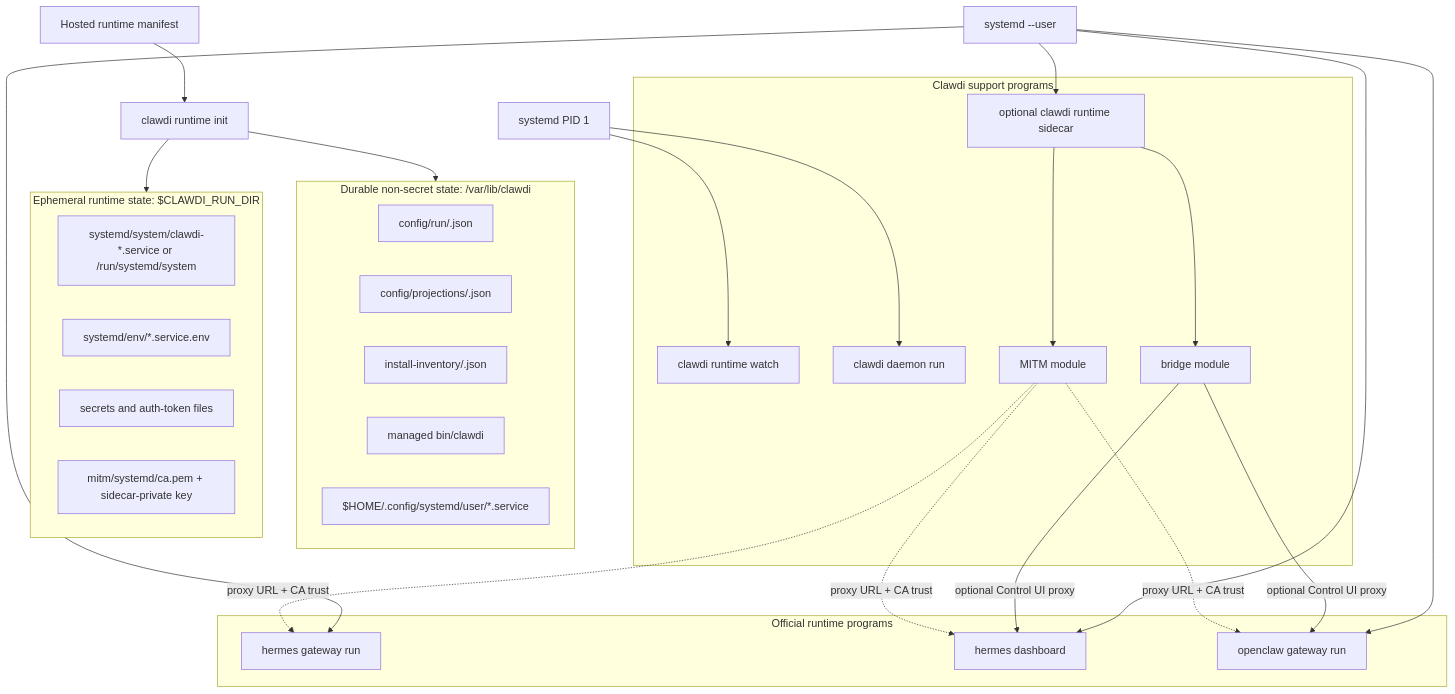
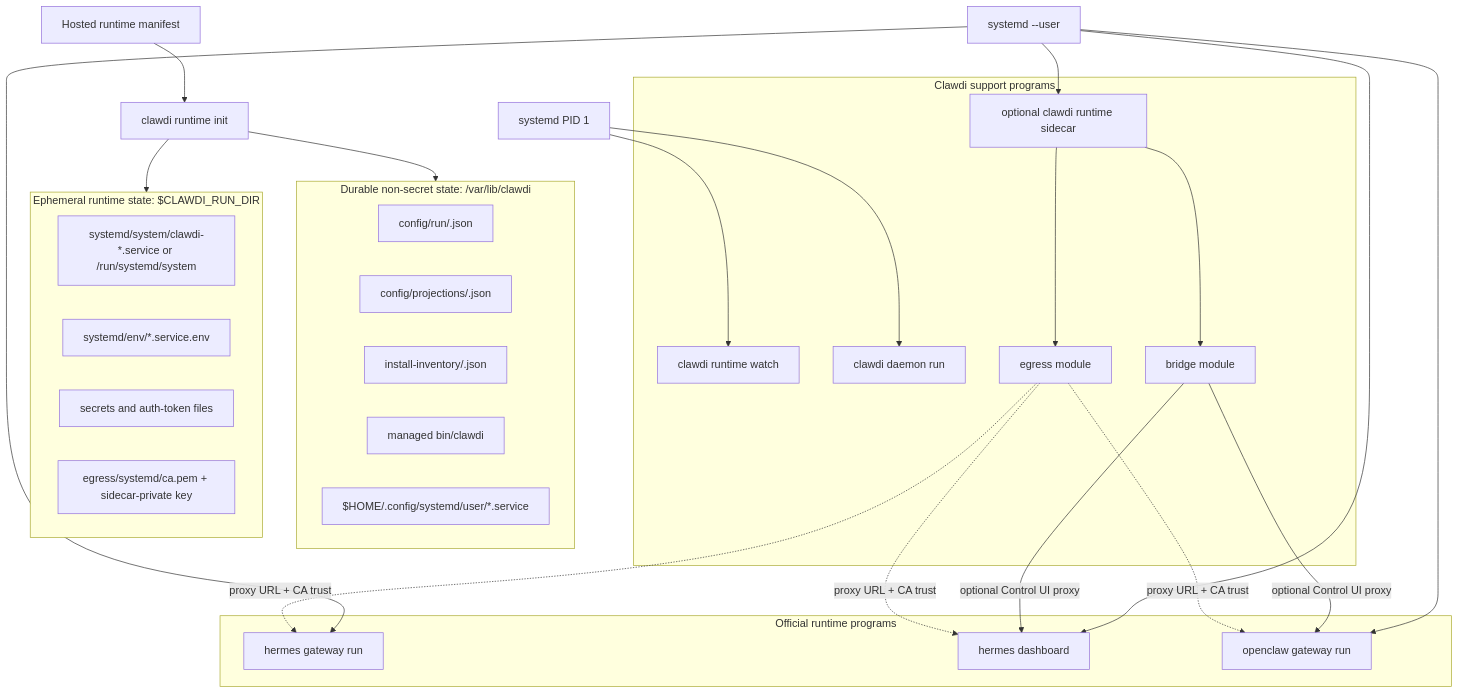
The first of 2 diagrams in docs/managed-runtime.md (Clawdi-AI/clawdi), drawn with Mermaid before and after one commit. The commit also changed other lines of this file and 54 other files, not shown here.

Commit message:
Rename runtime MITM surface to egress sidecar

````diff
--- a/docs/managed-runtime.md
+++ b/docs/managed-runtime.md
@@ -64,50 +64,50 @@
 ```mermaid
 flowchart TB
     CP[Hosted runtime manifest] --> Init[clawdi runtime init]
     Init --> Durable
     Init --> Ephemeral
 
     subgraph Durable["Durable non-secret state: /var/lib/clawdi"]
         RunConfigs[config/run/<runtime>.json]
         Projections[config/projections/<runtime>.json]
         Inventory[install-inventory/<runtime>.json]
         CliBin[managed bin/clawdi]
         UserUnits[$HOME/.config/systemd/user/*.service]
     end
 
     subgraph Ephemeral["Ephemeral runtime state: $CLAWDI_RUN_DIR"]
         SystemUnits[systemd/system/clawdi-*.service or /run/systemd/system]
         UnitEnv[systemd/env/*.service.env]
         Secrets[secrets and auth-token files]
-        MitmCA[mitm/systemd/ca.pem + sidecar-private key]
+        EgressCA[egress/systemd/ca.pem + sidecar-private key]
     end
 
     subgraph Support["Clawdi support programs"]
         Watch[clawdi runtime watch]
         Daemon[clawdi daemon run]
         Sidecar[optional clawdi runtime sidecar]
         Bridge[bridge module]
-        Mitm[MITM module]
+        Egress[egress module]
     end
 
     subgraph Runtime["Official runtime programs"]
         HermesGateway[hermes gateway run]
         HermesDashboard[hermes dashboard]
         OpenClaw[openclaw gateway run]
     end
 
     Systemd[systemd PID 1] --> Watch
     Systemd --> Daemon
     UserSystemd[systemd --user] --> Sidecar
     Sidecar --> Bridge
-    Sidecar --> Mitm
+    Sidecar --> Egress
     UserSystemd --> HermesGateway
     UserSystemd --> HermesDashboard
     UserSystemd --> OpenClaw
 
     Bridge -->|optional Control UI proxy| HermesDashboard
     Bridge -->|optional Control UI proxy| OpenClaw
-    Mitm -. proxy URL + CA trust .-> HermesGateway
-    Mitm -. proxy URL + CA trust .-> HermesDashboard
-    Mitm -. proxy URL + CA trust .-> OpenClaw
+    Egress -. proxy URL + CA trust .-> HermesGateway
+    Egress -. proxy URL + CA trust .-> HermesDashboard
+    Egress -. proxy URL + CA trust .-> OpenClaw
 ```
````
